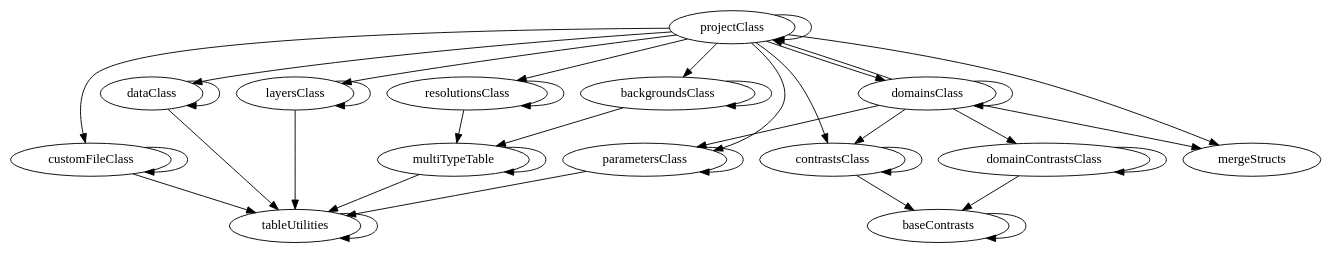
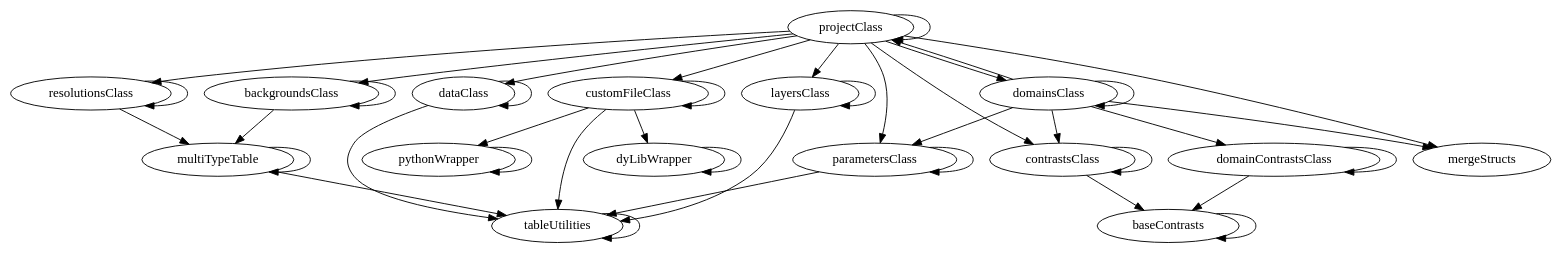
One commit to RascalSoftware/RAT changed the diagram in master/api_reference/API/projectClass/graph.dot. Above: the diagram before and after it, drawn with Graphviz. The commit also changed 213 other files, not shown here.

```diff
--- a/master/api_reference/API/projectClass/graph.dot
+++ b/master/api_reference/API/projectClass/graph.dot
@@ -1,54 +1,60 @@
 /* Created by mdot for Matlab */
 digraph m2html {
   backgroundsClass -> backgroundsClass;
   backgroundsClass -> multiTypeTable;
   baseContrasts -> baseContrasts;
   contrastsClass -> baseContrasts;
   contrastsClass -> contrastsClass;
   customFileClass -> customFileClass;
+  customFileClass -> dyLibWrapper;
+  customFileClass -> pythonWrapper;
   customFileClass -> tableUtilities;
   dataClass -> dataClass;
   dataClass -> tableUtilities;
   domainContrastsClass -> baseContrasts;
   domainContrastsClass -> domainContrastsClass;
   domainsClass -> contrastsClass;
   domainsClass -> domainContrastsClass;
   domainsClass -> domainsClass;
   domainsClass -> mergeStructs;
   domainsClass -> parametersClass;
   domainsClass -> projectClass;
+  dyLibWrapper -> dyLibWrapper;
   layersClass -> layersClass;
   layersClass -> tableUtilities;
   multiTypeTable -> multiTypeTable;
   multiTypeTable -> tableUtilities;
   parametersClass -> parametersClass;
   parametersClass -> tableUtilities;
   projectClass -> backgroundsClass;
   projectClass -> contrastsClass;
   projectClass -> customFileClass;
   projectClass -> dataClass;
   projectClass -> domainsClass;
   projectClass -> layersClass;
   projectClass -> mergeStructs;
   projectClass -> parametersClass;
   projectClass -> projectClass;
   projectClass -> resolutionsClass;
+  pythonWrapper -> pythonWrapper;
   resolutionsClass -> multiTypeTable;
   resolutionsClass -> resolutionsClass;
   tableUtilities -> tableUtilities;
 
   backgroundsClass [URL="backgroundsClass.html"];
   baseContrasts [URL="baseContrasts.html"];
   contrastsClass [URL="contrastsClass.html"];
   customFileClass [URL="customFileClass.html"];
   dataClass [URL="dataClass.html"];
   domainContrastsClass [URL="domainContrastsClass.html"];
   domainsClass [URL="domainsClass.html"];
+  dyLibWrapper [URL="dyLibWrapper.html"];
   layersClass [URL="layersClass.html"];
   mergeStructs [URL="mergeStructs.html"];
   multiTypeTable [URL="multiTypeTable.html"];
   parametersClass [URL="parametersClass.html"];
   projectClass [URL="projectClass.html"];
+  pythonWrapper [URL="pythonWrapper.html"];
   resolutionsClass [URL="resolutionsClass.html"];
   tableUtilities [URL="tableUtilities.html"];
 }
```
